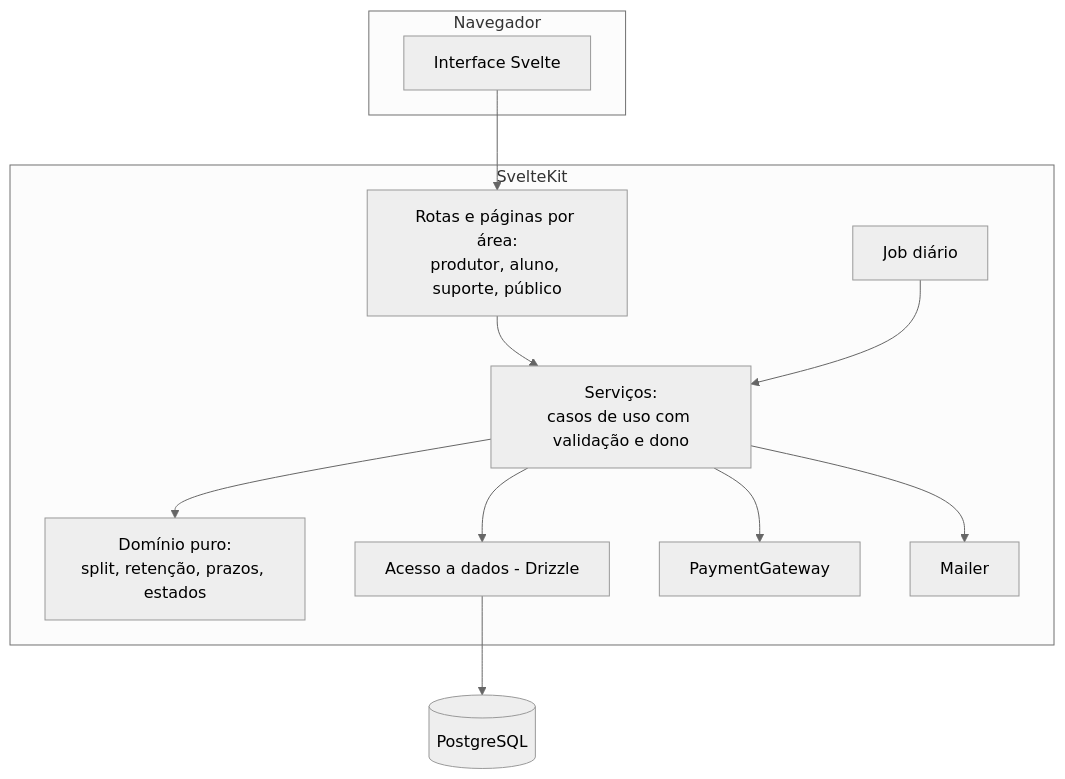
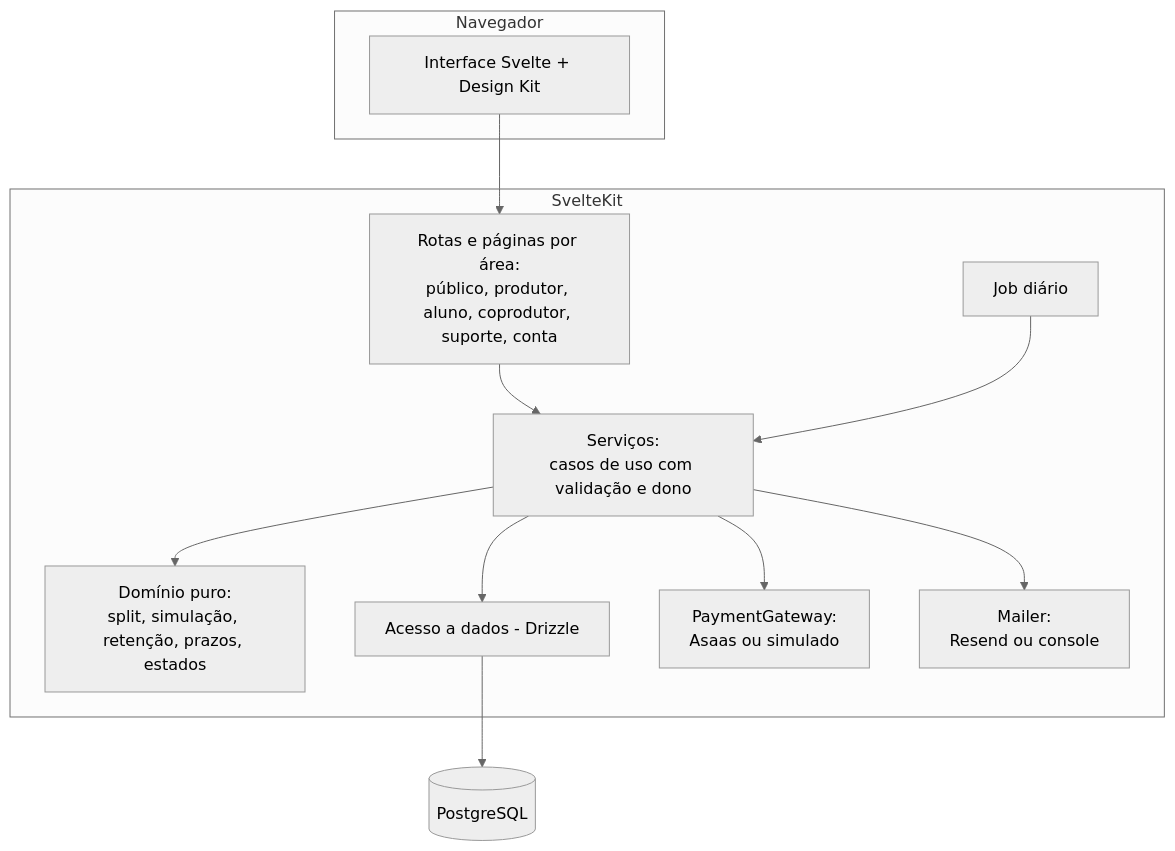
The second of 2 diagrams in docs/tecnico/arquitetura.md (kitsuneislife/kriup), drawn with Mermaid (neutral theme) before and after one commit. The commit also changed other lines of this file and 10 other files, not shown here.

````diff
--- a/docs/tecnico/arquitetura.md
+++ b/docs/tecnico/arquitetura.md
@@ -47,27 +48,27 @@
 ```mermaid
 flowchart TB
     subgraph Navegador
-        UI[Interface Svelte]
+        UI[Interface Svelte + Design Kit]
     end
 
     subgraph SvelteKit
-        Rotas[Rotas e páginas por área:<br/>produtor, aluno, suporte, público]
+        Rotas[Rotas e páginas por área:<br/>público, produtor, aluno, coprodutor, suporte, conta]
         Servicos[Serviços:<br/>casos de uso com validação e dono]
-        Dominio[Domínio puro:<br/>split, retenção, prazos, estados]
+        Dominio[Domínio puro:<br/>split, simulação, retenção, prazos, estados]
         Dados[Acesso a dados - Drizzle]
-        GW[PaymentGateway]
-        Mail[Mailer]
+        GW[PaymentGateway:<br/>Asaas ou simulado]
+        Mail[Mailer:<br/>Resend ou console]
         Cron[Job diário]
     end
 
     DB[(PostgreSQL)]
 
     UI --> Rotas
     Rotas --> Servicos
     Cron --> Servicos
     Servicos --> Dominio
     Servicos --> Dados
     Servicos --> GW
     Servicos --> Mail
     Dados --> DB
 ```
````
